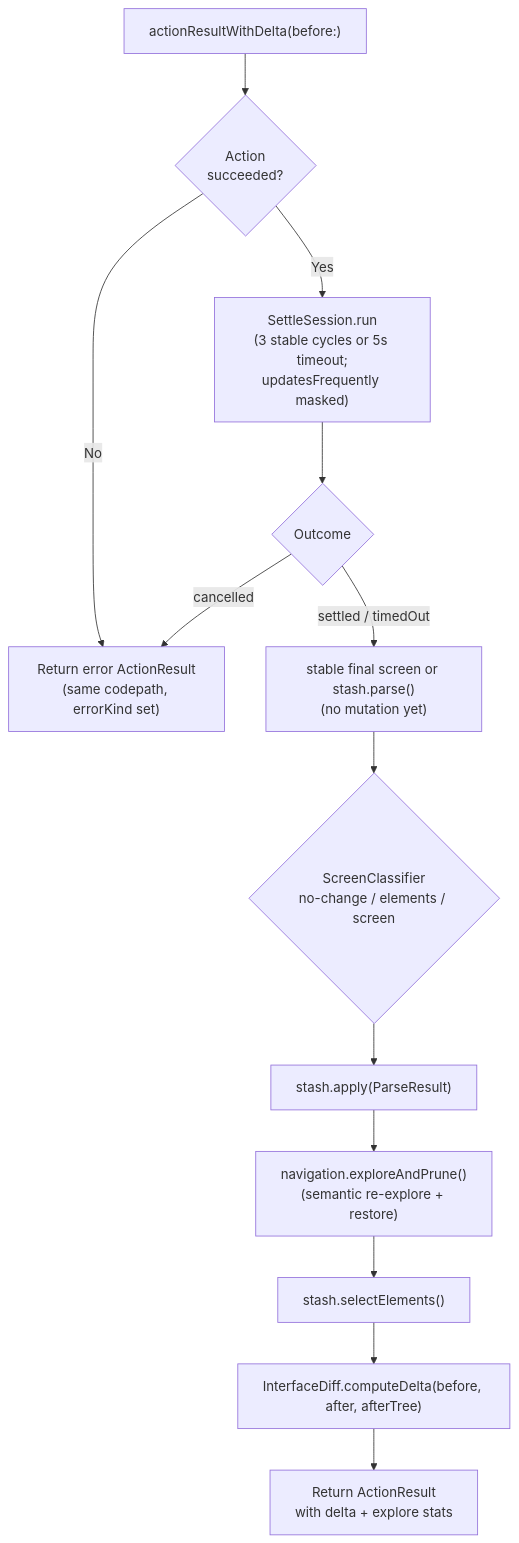
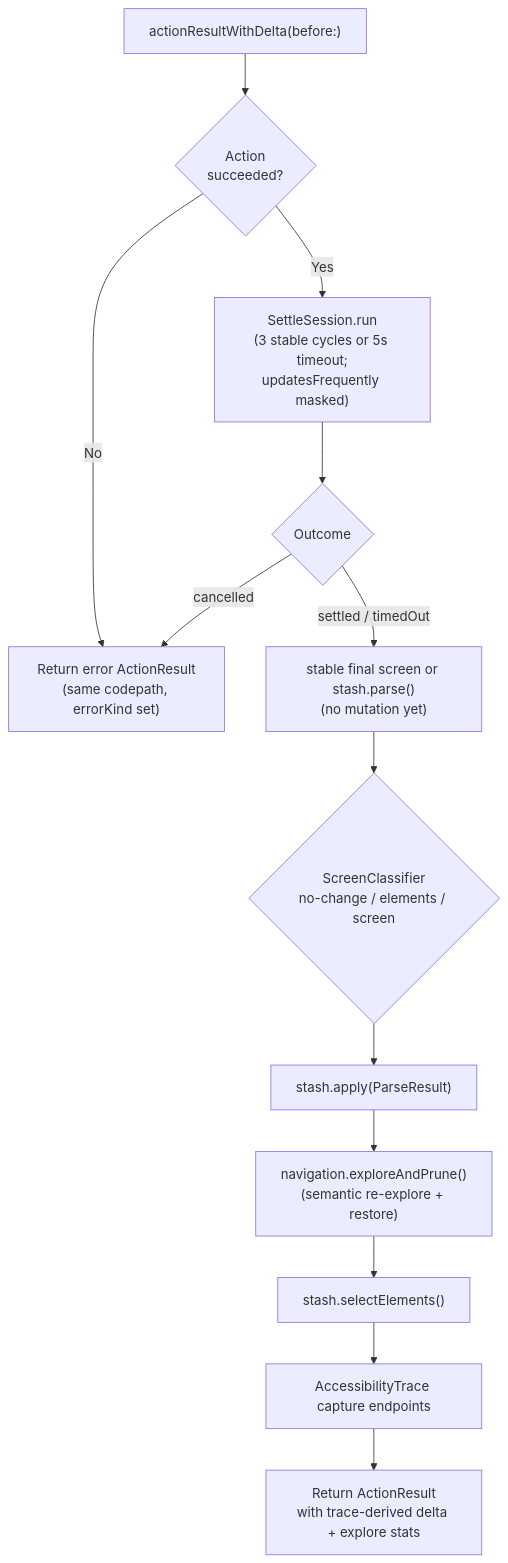
One commit to RoyalPineapple/TheButtonHeist changed the third of 3 diagrams in docs/dossiers/13-THEBRAINS.md. Above: the diagram before and after it, drawn with Mermaid. The commit also changed 16 other files, not shown here.

````diff
--- a/docs/dossiers/13-THEBRAINS.md
+++ b/docs/dossiers/13-THEBRAINS.md
@@ -97,17 +97,17 @@
 ```mermaid
 flowchart TD
     A["actionResultWithDelta(before:)"] --> B{Action<br/>succeeded?}
     B -->|No| C["Return error ActionResult<br/>(same codepath, errorKind set)"]
     B -->|Yes| D["SettleSession.run<br/>(3 stable cycles or 5s timeout;<br/>updatesFrequently masked)"]
     D --> CANC{Outcome}
     CANC -->|cancelled| C
     CANC -->|settled / timedOut| E["stable final screen or stash.parse()<br/>(no mutation yet)"]
 
     E --> F{ScreenClassifier<br/>no-change / elements / screen}
     F --> H["stash.apply(ParseResult)"]
 
     H --> I["navigation.exploreAndPrune()<br/>(semantic re-explore + restore)"]
     I --> J["stash.selectElements()"]
-    J --> K["InterfaceDiff.computeDelta(before, after, afterTree)"]
-    K --> L["Return ActionResult<br/>with delta + explore stats"]
+    J --> K["AccessibilityTrace capture endpoints"]
+    K --> L["Return ActionResult<br/>with trace-derived delta + explore stats"]
 ```
````
